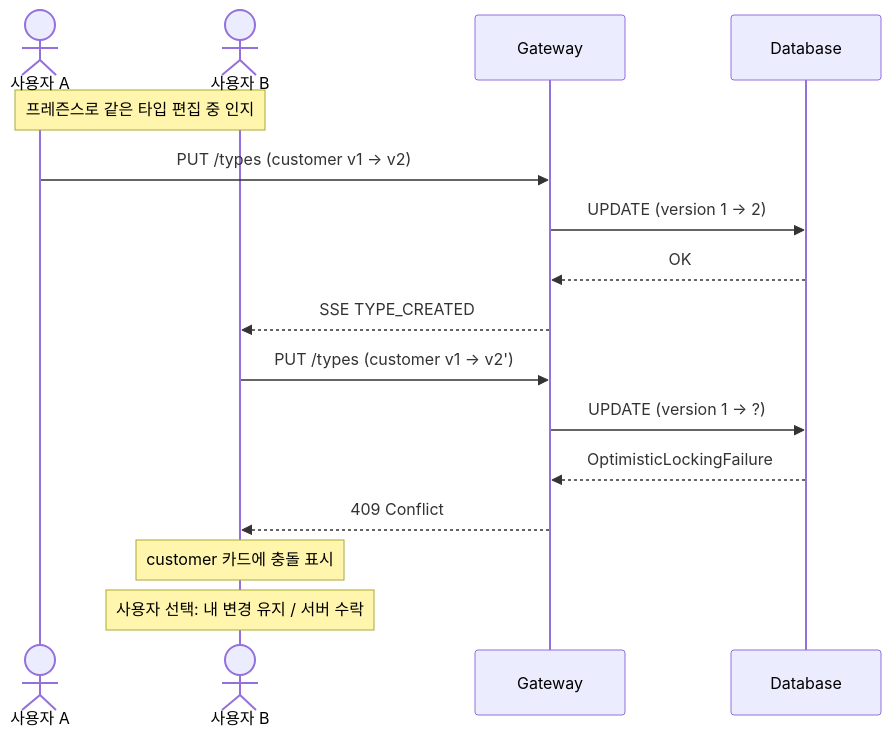
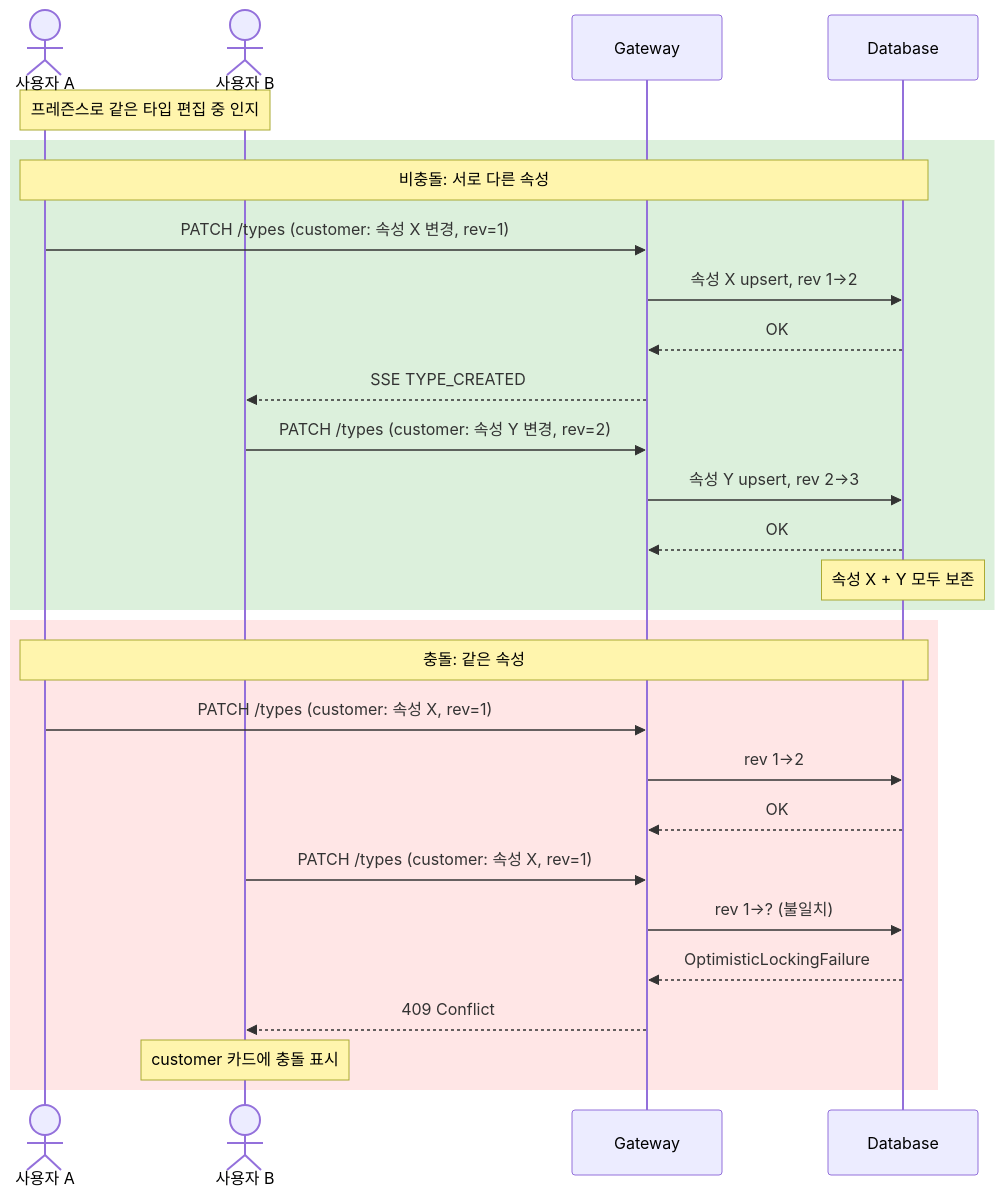
The tenth of 11 diagrams in type-ui/USECASE.md (sayaya1090/handbook), drawn with Mermaid before and after one commit. The commit also changed other lines of this file and 74 other files, not shown here.

````diff
--- a/type-ui/USECASE.md
+++ b/type-ui/USECASE.md
@@ -389,21 +421,35 @@
 ```mermaid
 sequenceDiagram
     actor A as 사용자 A
     actor B as 사용자 B
     participant GW as Gateway
     participant DB as Database
 
     Note over A,B: 프레즌스로 같은 타입 편집 중 인지
 
-    A->>GW: PUT /types (customer v1 → v2)
-    GW->>DB: UPDATE (version 1 → 2)
-    DB-->>GW: OK
-    GW-->>B: SSE TYPE_CREATED
+    rect rgb(220, 240, 220)
+        Note over A,DB: 비충돌: 서로 다른 속성
+        A->>GW: PATCH /types (customer: 속성 X 변경, rev=1)
+        GW->>DB: 속성 X upsert, rev 1→2
+        DB-->>GW: OK
+        GW-->>B: SSE TYPE_CREATED
 
-    B->>GW: PUT /types (customer v1 → v2')
-    GW->>DB: UPDATE (version 1 → ?)
-    DB-->>GW: OptimisticLockingFailure
-    GW-->>B: 409 Conflict
-    Note over B: customer 카드에 충돌 표시
-    Note over B: 사용자 선택: 내 변경 유지 / 서버 수락
+        B->>GW: PATCH /types (customer: 속성 Y 변경, rev=2)
+        GW->>DB: 속성 Y upsert, rev 2→3
+        DB-->>GW: OK
+        Note over DB: 속성 X + Y 모두 보존
+    end
+
+    rect rgb(255, 230, 230)
+        Note over A,DB: 충돌: 같은 속성
+        A->>GW: PATCH /types (customer: 속성 X, rev=1)
+        GW->>DB: rev 1→2
+        DB-->>GW: OK
+
+        B->>GW: PATCH /types (customer: 속성 X, rev=1)
+        GW->>DB: rev 1→? (불일치)
+        DB-->>GW: OptimisticLockingFailure
+        GW-->>B: 409 Conflict
+        Note over B: customer 카드에 충돌 표시
+    end
 ```
````
